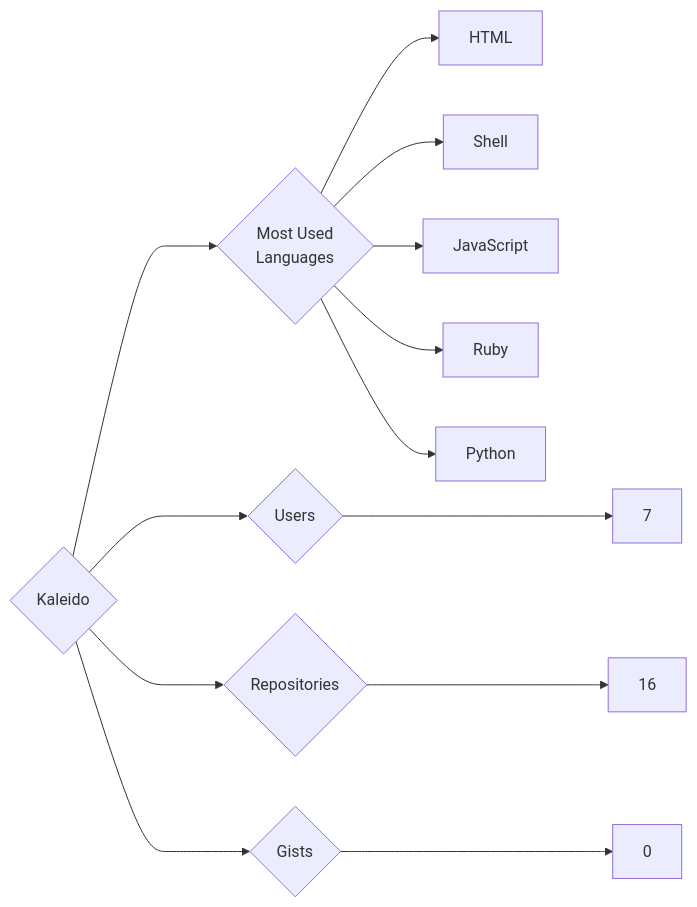
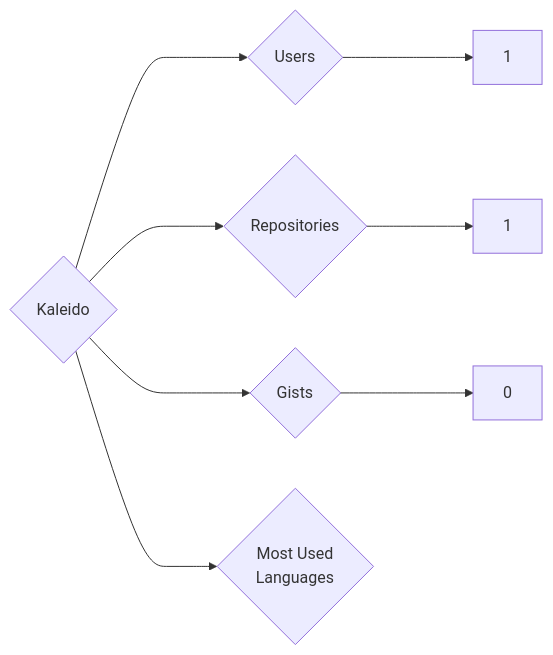
One commit to trickest/insiders changed the diagram in targets/Kaleido/README.md. Above: the diagram before and after it, drawn with Mermaid. The commit also changed 860 other files, not shown here.

````diff
--- a/targets/Kaleido/README.md
+++ b/targets/Kaleido/README.md
@@ -3,13 +3,8 @@
 ```mermaid
 graph LR
 COMPANY_NAME{Kaleido}
-COMPANY_NAME ---> U{Users} ---> UN[7]
-COMPANY_NAME ---> R{Repositories} ---> RN[16]
+COMPANY_NAME ---> U{Users} ---> UN[1]
+COMPANY_NAME ---> R{Repositories} ---> RN[1]
 COMPANY_NAME ---> G{Gists} ---> GN[0]
 COMPANY_NAME ---> ML{Most Used<br>Languages}
-ML --> HTML[HTML]
-ML --> Shell[Shell]
-ML --> JavaScript[JavaScript]
-ML --> Ruby[Ruby]
-ML --> Python[Python]
 ```
````
